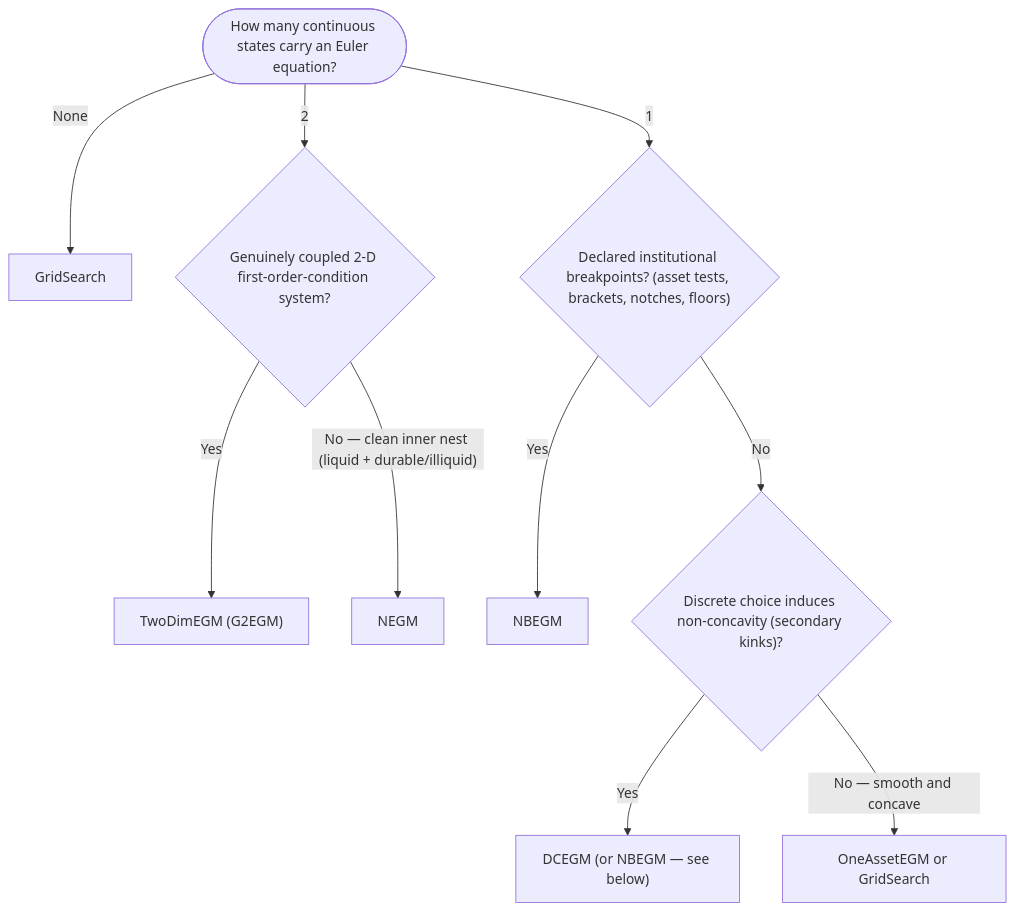
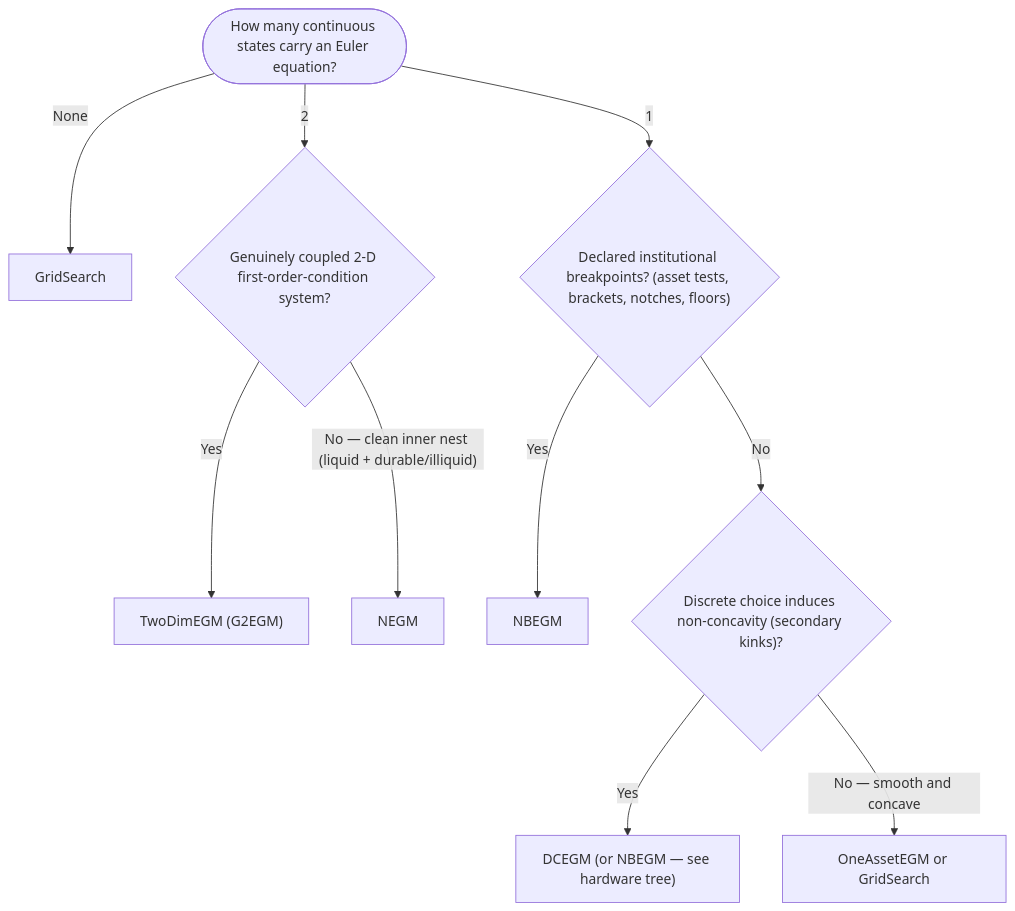
One commit to OpenSourceEconomics/pylcm changed the first of 2 diagrams in docs/user_guide/choosing_a_solver.md. Above: the diagram before and after it, drawn with Mermaid. The commit also changed other lines of this file and 27 other files, not shown here.

First line of the commit message:
Unify NBEGM budget node on 'resources'; two-tree solver docs

````diff
--- a/docs/user_guide/choosing_a_solver.md
+++ b/docs/user_guide/choosing_a_solver.md
@@ -25,16 +29,16 @@
 ```{mermaid}
 flowchart TD
     q0(["How many continuous states carry an Euler equation?"])
     q0 -->|"None"| gs0["GridSearch"]
     q0 -->|"1"| qbp{"Declared institutional breakpoints? (asset tests, brackets, notches, floors)"}
     q0 -->|"2"| q2d{"Genuinely coupled 2-D first-order-condition system?"}
 
     q2d -->|"Yes"| twodim["TwoDimEGM (G2EGM)"]
     q2d -->|"No — clean inner nest (liquid + durable/illiquid)"| negm["NEGM"]
 
     qbp -->|"Yes"| nbegm["NBEGM"]
     qbp -->|"No"| qdc{"Discrete choice induces non-concavity (secondary kinks)?"}
 
-    qdc -->|"Yes"| dcegm["DCEGM (or NBEGM — see below)"]
+    qdc -->|"Yes"| dcegm["DCEGM (or NBEGM — see hardware tree)"]
     qdc -->|"No — smooth and concave"| egm["OneAssetEGM or GridSearch"]
 ```
````
